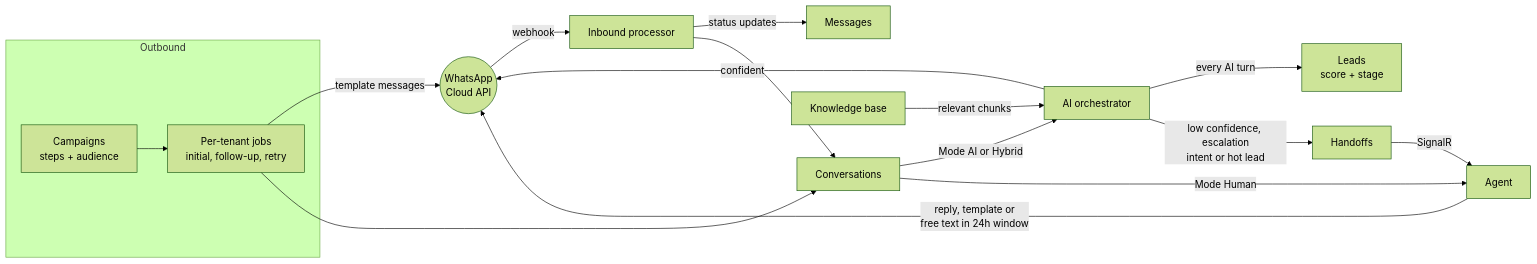
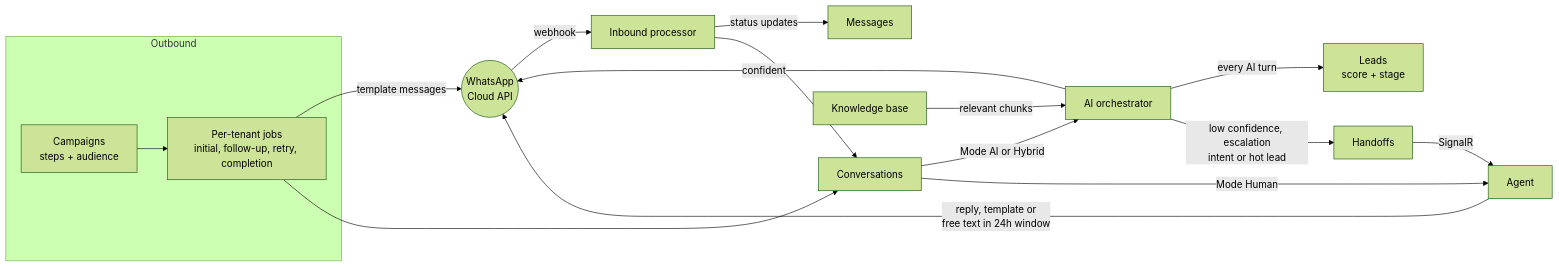
The diagram in docs/MODULE-FLOWS.md (aquarianchd83/AI-Sales-Automation-System-angular), drawn with Mermaid (forest theme) before and after one commit. The commit also changed other lines of this file and 2 other files, not shown here.

First line of the commit message:
fix: draw flowchart labels again, and bring the campaign flow docs up to date

````diff
--- a/docs/MODULE-FLOWS.md
+++ b/docs/MODULE-FLOWS.md
@@ -19,19 +19,19 @@
 ```mermaid
 flowchart LR
     subgraph Outbound
-        CAMP["Campaigns<br/>steps + audience"] --> JOBS["Per-tenant jobs<br/>initial, follow-up, retry"]
+        CAMP["Campaigns<br/>steps + audience"] --> JOBS["Per-tenant jobs<br/>initial, follow-up, retry, completion"]
     end
     JOBS -- "template messages" --> WA(("WhatsApp<br/>Cloud API"))
     WA -- "webhook" --> WH["Inbound processor"]
     WH -- "status updates" --> MSG["Messages"]
     JOBS --> CONV
     WH --> CONV["Conversations"]
     CONV -- "Mode AI or Hybrid" --> ORCH["AI orchestrator"]
     KB["Knowledge base"] -- "relevant chunks" --> ORCH
     ORCH -- "confident" --> WA
     ORCH -- "every AI turn" --> LEAD["Leads<br/>score + stage"]
     ORCH -- "low confidence, escalation<br/>intent or hot lead" --> HO["Handoffs"]
     HO -- "SignalR" --> AGENT["Agent"]
     CONV -- "Mode Human" --> AGENT
     AGENT -- "reply, template or<br/>free text in 24h window" --> WA
 ```
````
